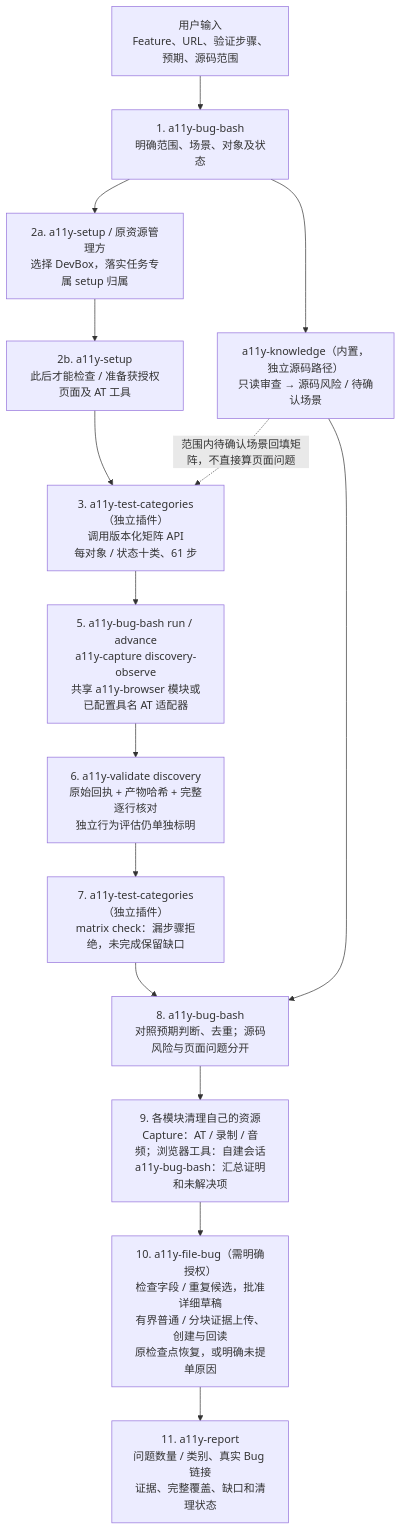
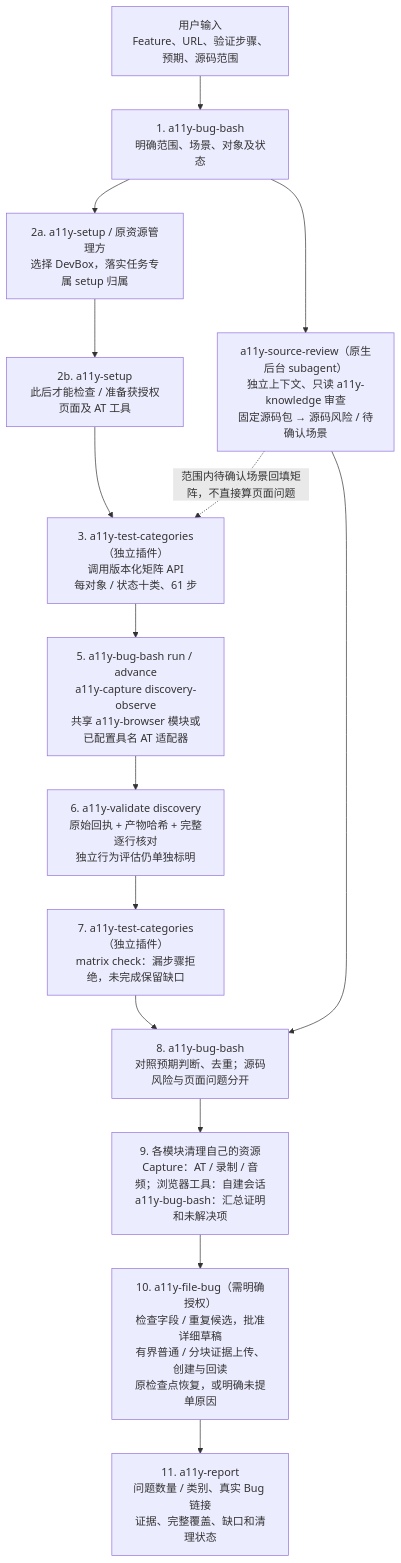
One commit to kaixun96/dev.A11yAssist changed the first of 2 diagrams in docs/BUG-BASH-ARCHITECTURE.zh-CN.md. Above: the diagram before and after it, drawn with Mermaid. The commit also changed other lines of this file and 95 other files, not shown here.

````diff
--- a/docs/BUG-BASH-ARCHITECTURE.zh-CN.md
+++ b/docs/BUG-BASH-ARCHITECTURE.zh-CN.md
@@ -58,21 +64,21 @@
 ```mermaid
 flowchart TD
     U["用户输入<br/>Feature、URL、验证步骤、预期、源码范围"]
     P["1. a11y-bug-bash<br/>明确范围、场景、对象及状态"]
     R["2a. a11y-setup / 原资源管理方<br/>选择 DevBox，落实任务专属 setup 归属"]
     S["2b. a11y-setup<br/>此后才能检查 / 准备获授权页面及 AT 工具"]
     C["3. a11y-test-categories（独立插件）<br/>调用版本化矩阵 API<br/>每对象 / 状态十类、61 步"]
     E["5. a11y-bug-bash run / advance<br/>a11y-capture discovery-observe<br/>共享 a11y-browser 模块或已配置具名 AT 适配器"]
-    K["a11y-knowledge（内置，独立源码路径）<br/>只读审查 → 源码风险 / 待确认场景"]
+    K["a11y-source-review（原生后台 subagent）<br/>独立上下文、只读 a11y-knowledge 审查<br/>固定源码包 → 源码风险 / 待确认场景"]
     V["6. a11y-validate discovery<br/>原始回执 + 产物哈希 + 完整逐行核对<br/>独立行为评估仍单独标明"]
     G["7. a11y-test-categories（独立插件）<br/>matrix check：漏步骤拒绝，未完成保留缺口"]
     A["8. a11y-bug-bash<br/>对照预期判断、去重；源码风险与页面问题分开"]
     O["9. 各模块清理自己的资源<br/>Capture：AT / 录制 / 音频；浏览器工具：自建会话<br/>a11y-bug-bash：汇总证明和未解决项"]
     B["10. a11y-file-bug（需明确授权）<br/>检查字段 / 重复候选，批准详细草稿<br/>有界普通 / 分块证据上传、创建与回读<br/>原检查点恢复，或明确未提单原因"]
     F["11. a11y-report<br/>问题数量 / 类别、真实 Bug 链接<br/>证据、完整覆盖、缺口和清理状态"]
     U --> P
     P --> R --> S --> C --> E --> V --> G --> A --> O --> B --> F
     P --> K
     K --> A
     K -. "范围内待确认场景回填矩阵，不直接算页面问题" .-> C
 ```
````
